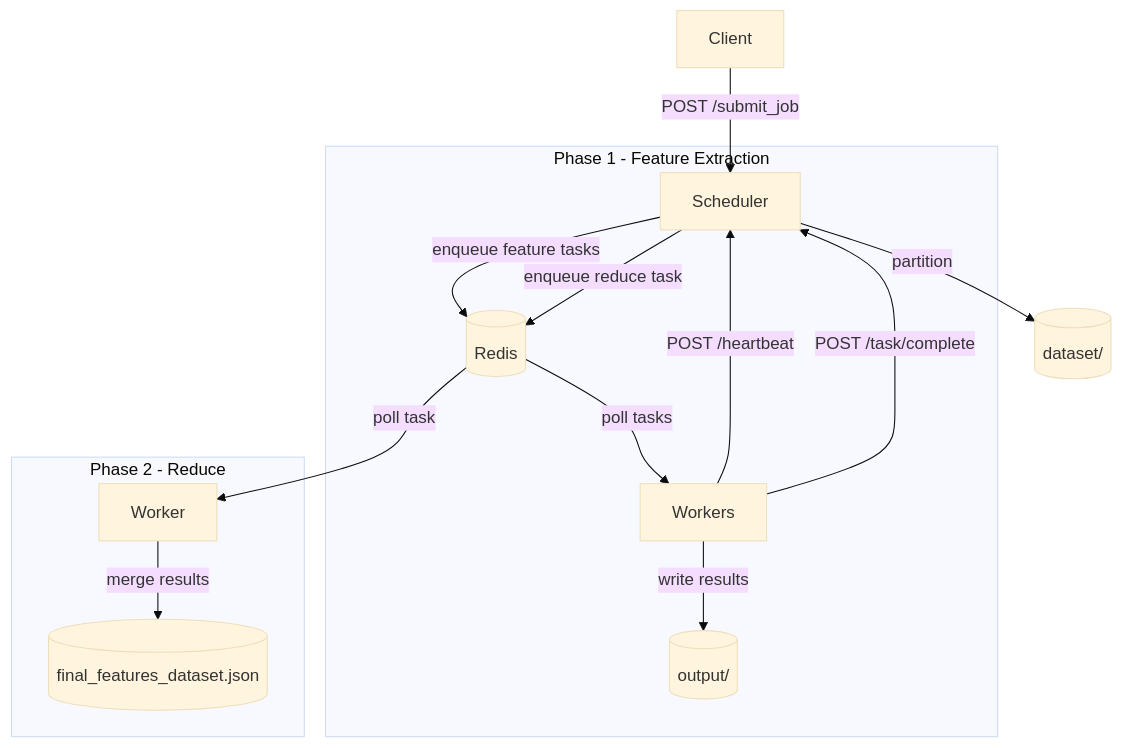
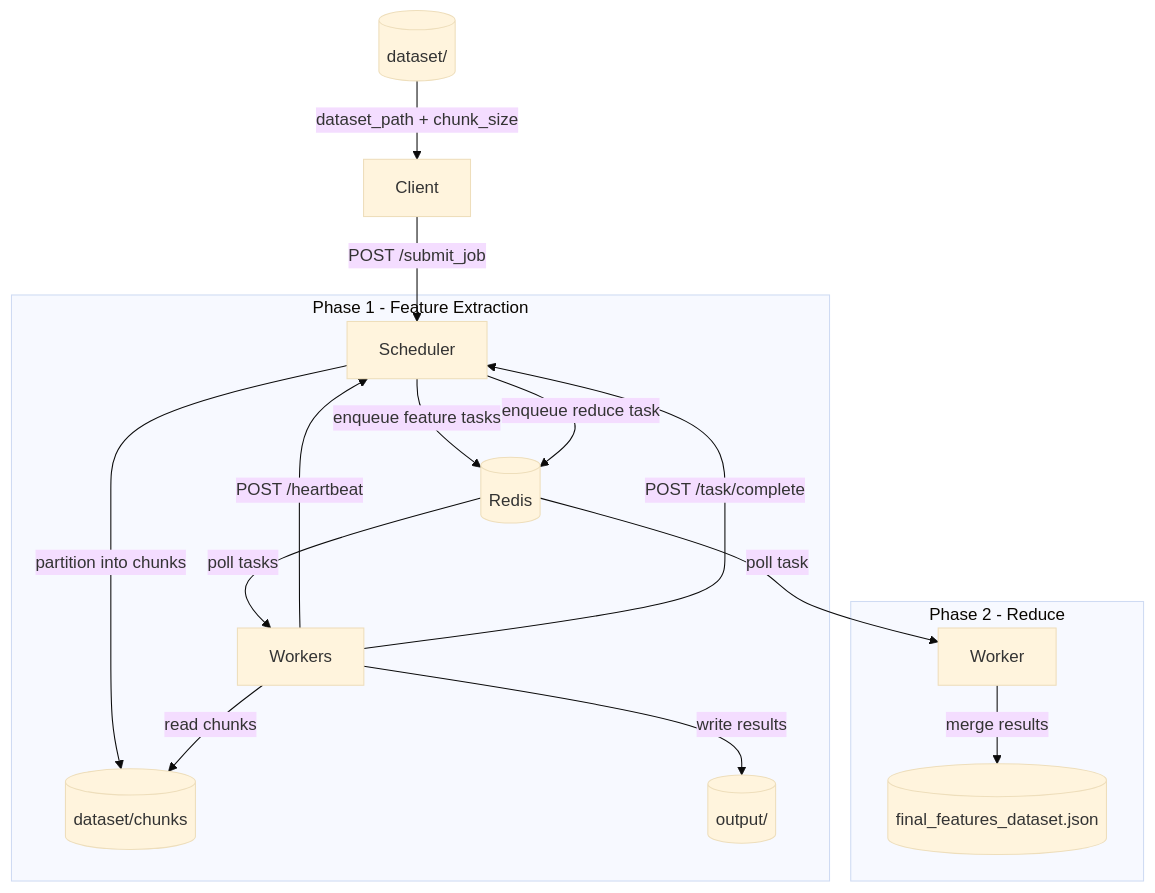
One commit to flsoares8/pollution-map changed the diagram in docs/architecture.md. Above: the diagram before and after it, drawn with Mermaid (base theme).

Commit message:
Update architecture diagram to show dataset as client input

````diff
--- a/docs/architecture.md
+++ b/docs/architecture.md
@@ -88,19 +88,21 @@
 ```mermaid
 flowchart TD
+    Dataset[(dataset/)] -->|dataset_path + chunk_size| Client
     Client -->|POST /submit_job| Scheduler
-    Scheduler -->|partition| Dataset[(dataset/)]
+    Scheduler -->|partition into chunks| Chunks[(dataset/chunks)]
 
     subgraph Phase 1 - Feature Extraction
         Scheduler -->|enqueue feature tasks| Redis[(Redis)]
         Redis -->|poll tasks| Workers[Workers]
+        Workers -->|read chunks| Chunks
         Workers -->|write results| Output[(output/)]
         Workers -->|POST /heartbeat| Scheduler
         Workers -->|POST /task/complete| Scheduler
     end
 
     subgraph Phase 2 - Reduce
         Scheduler -->|enqueue reduce task| Redis
         Redis -->|poll task| Reducer[Worker]
         Reducer -->|merge results| FinalDataset[(final_features_dataset.json)]
     end
 ```
````
